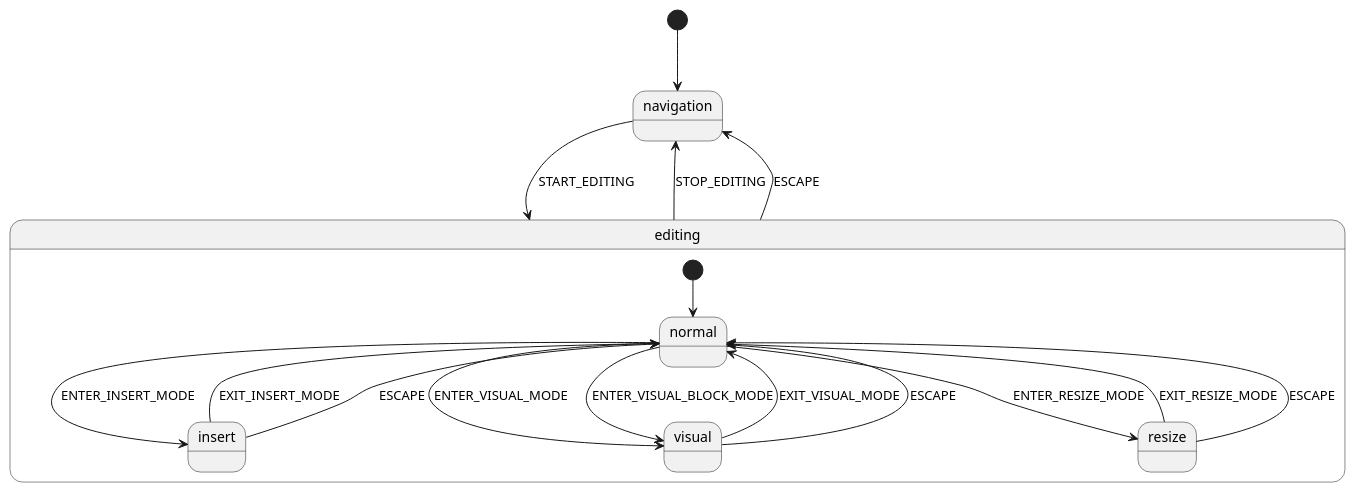
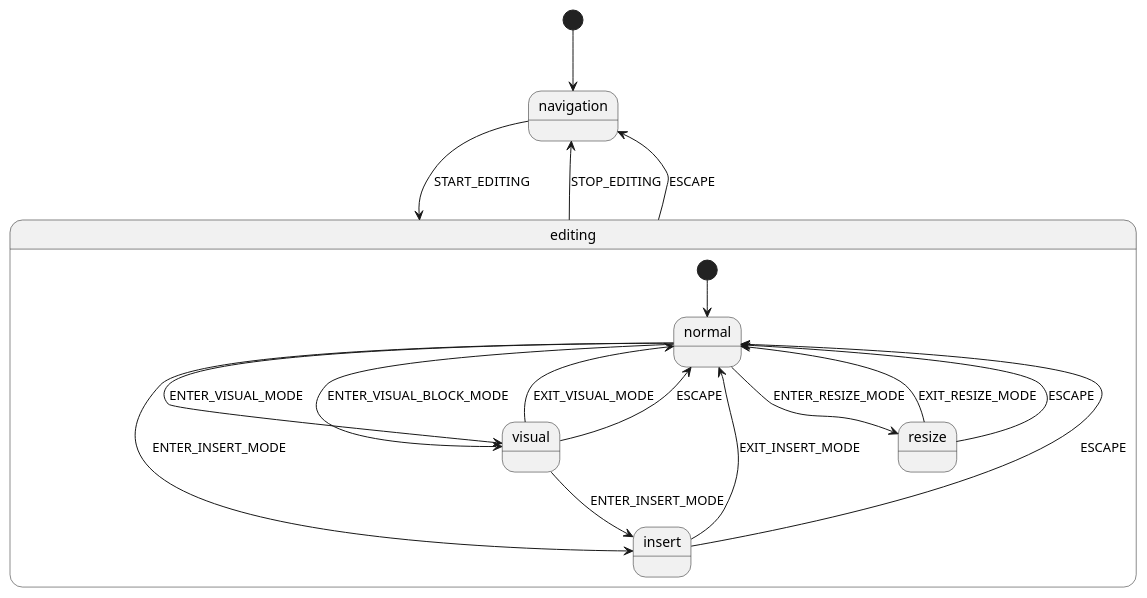
Before and after one commit to vimeh/gridcore: the diagram in packages/ui-web/docs/state-machine/state-diagram.puml, drawn with PlantUML. The commit also changed 4 other files, not shown here.

```diff
--- a/packages/ui-web/docs/state-machine/state-diagram.puml
+++ b/packages/ui-web/docs/state-machine/state-diagram.puml
@@ -1,19 +1,20 @@
 @startuml
 [*] --> navigation
 navigation --> editing : START_EDITING
 state editing {
   [*] --> normal
   normal --> insert : ENTER_INSERT_MODE
   normal --> visual : ENTER_VISUAL_MODE
   normal --> visual : ENTER_VISUAL_BLOCK_MODE
   normal --> resize : ENTER_RESIZE_MODE
   insert --> normal : EXIT_INSERT_MODE
   insert --> normal : ESCAPE
   visual --> normal : EXIT_VISUAL_MODE
   visual --> normal : ESCAPE
+  visual --> insert : ENTER_INSERT_MODE
   resize --> normal : EXIT_RESIZE_MODE
   resize --> normal : ESCAPE
 }
 editing --> navigation : STOP_EDITING
 editing --> navigation : ESCAPE
 @enduml
```
